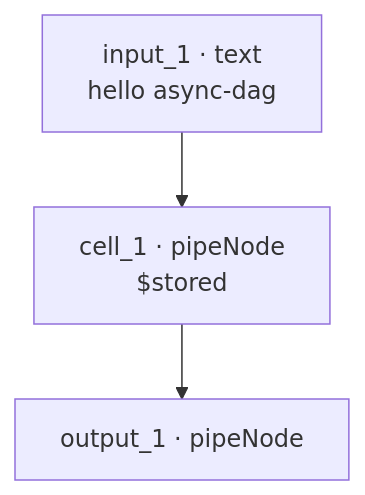
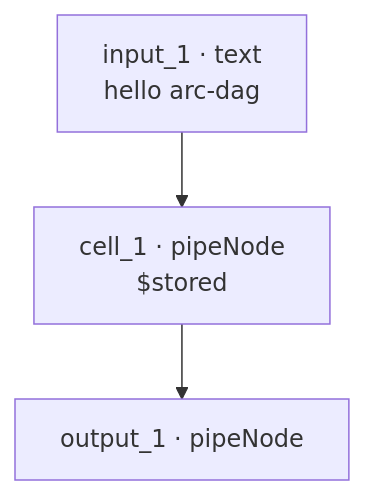
The second of 2 diagrams in docs/examples/linear-pipeline.md (arcpx-eng/arc-dag), drawn with Mermaid before and after one commit. The commit also changed other lines of this file and 40 other files, not shown here.

````diff
--- a/docs/examples/linear-pipeline.md
+++ b/docs/examples/linear-pipeline.md
@@ -18,7 +18,7 @@
 ```mermaid
 flowchart TB
-  input_1["input_1 · text<br/>hello async-dag"]
+  input_1["input_1 · text<br/>hello arc-dag"]
   cell_1["cell_1 · pipeNode<br/>$stored"]
   output_1["output_1 · pipeNode"]
   input_1 --> cell_1 --> output_1
 ```
````
